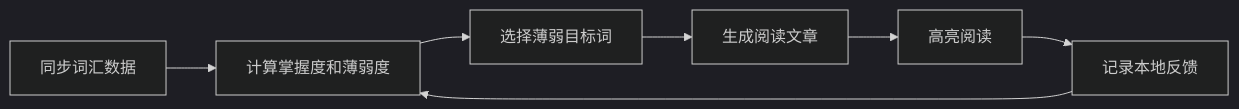
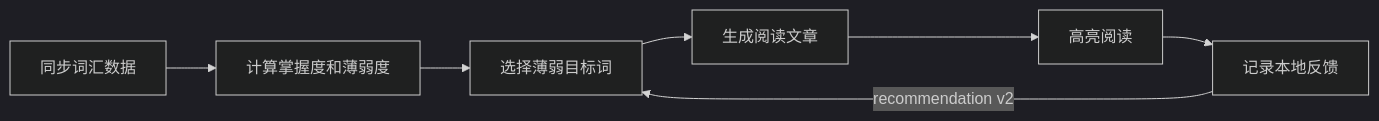
One commit to 52xiaohui/LexiForge changed the first of 2 diagrams in README.md. Above: the diagram before and after it, drawn with Mermaid (dark theme). The commit also changed other lines of this file and 12 other files, not shown here.

````diff
--- a/README.md
+++ b/README.md
@@ -43,9 +45,9 @@
 ```mermaid
 flowchart LR
     A[同步词汇数据] --> B[计算掌握度和薄弱度]
     B --> C[选择薄弱目标词]
     C --> D[生成阅读文章]
     D --> E[高亮阅读]
     E --> F[记录本地反馈]
-    F --> B
+    F -->|recommendation v2| C
 ```
````
